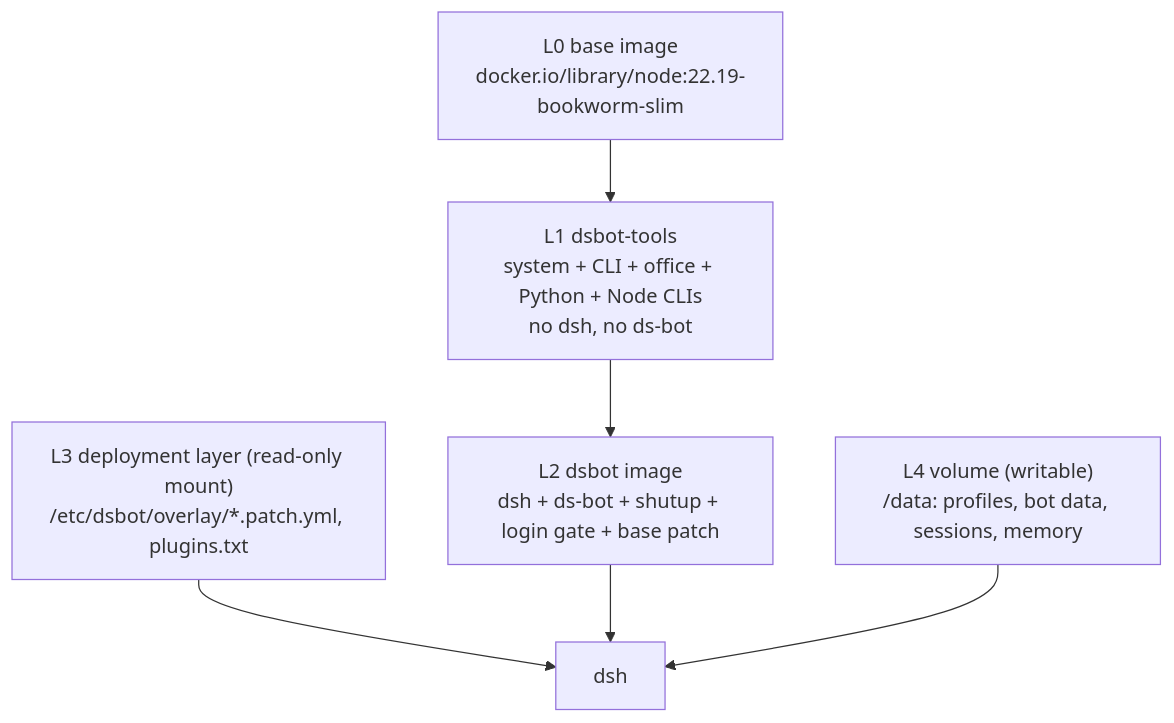
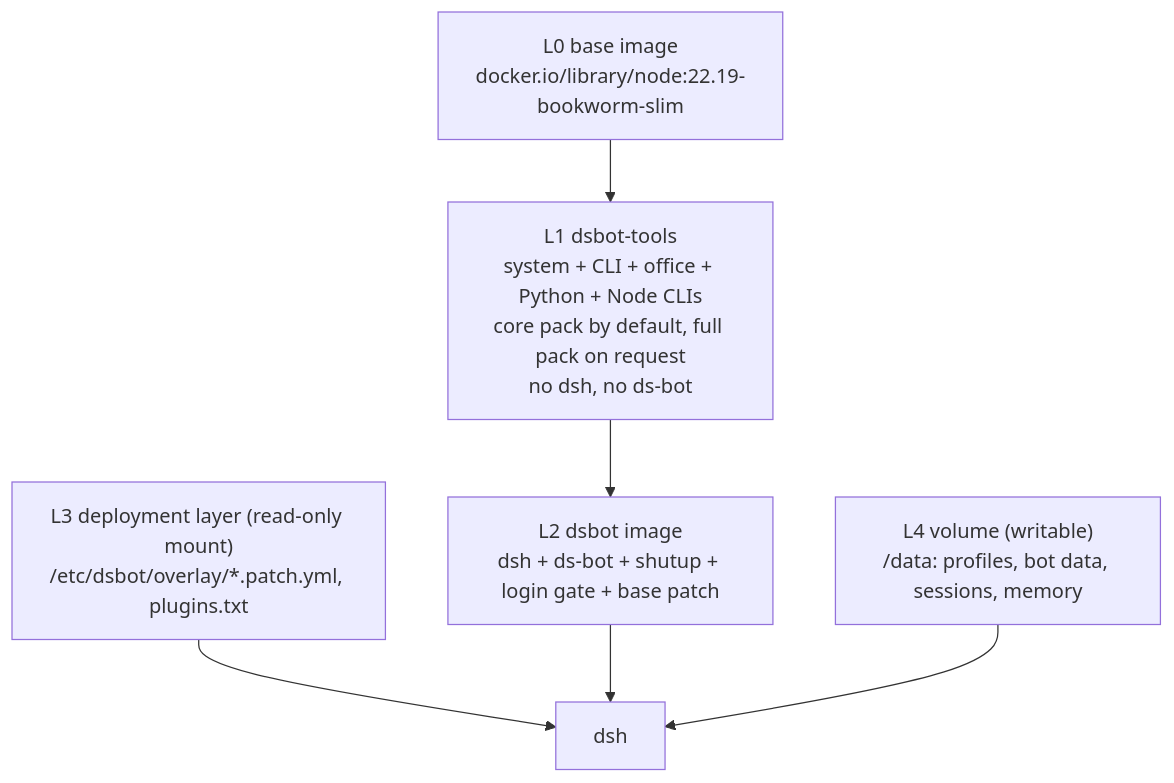
One commit to zerodegress/dsbot-containers changed the diagram in docs/architecture.md. Above: the diagram before and after it, drawn with Mermaid. The commit also changed 7 other files, not shown here.

First line of the commit message:
feat(tools): ship a core pack by default and move the fat halves behind WITH_PACK=full

````diff
--- a/docs/architecture.md
+++ b/docs/architecture.md
@@ -5,12 +5,12 @@
 ```mermaid
 flowchart TB
   L0["L0 base image<br/>docker.io/library/node:22.19-bookworm-slim"]
-  L1["L1 dsbot-tools<br/>system + CLI + office + Python + Node CLIs<br/>no dsh, no ds-bot"]
+  L1["L1 dsbot-tools<br/>system + CLI + office + Python + Node CLIs<br/>core pack by default, full pack on request<br/>no dsh, no ds-bot"]
   L2["L2 dsbot image<br/>dsh + ds-bot + shutup + login gate + base patch"]
   L3["L3 deployment layer (read-only mount)<br/>/etc/dsbot/overlay/*.patch.yml, plugins.txt"]
   L4["L4 volume (writable)<br/>/data: profiles, bot data, sessions, memory"]
   L0 --> L1 --> L2
   L3 --> RUN["dsh"]
   L2 --> RUN
   L4 --> RUN
 ```
````
